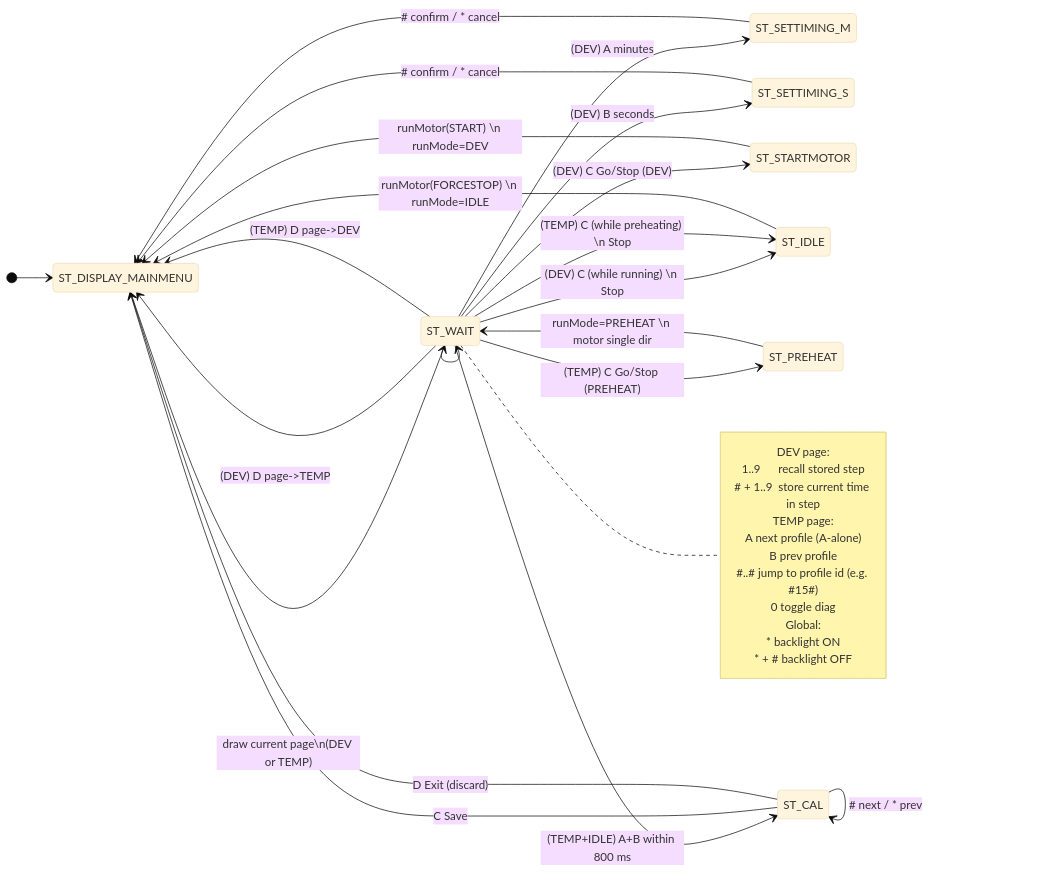
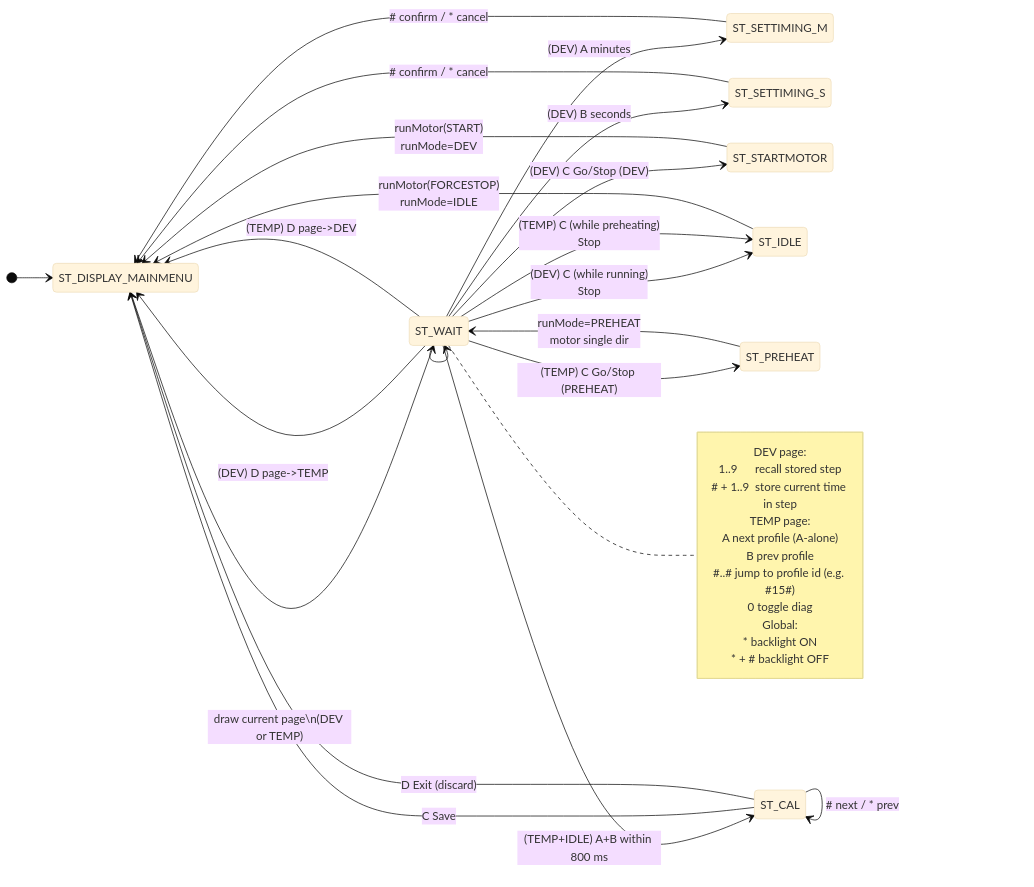
One commit to lese66/fpp changed the first of 2 diagrams in README.md. Above: the diagram before and after it, drawn with Mermaid (base theme).

Commit message:
Add readme for v5.1.2

````diff
--- a/README.md
+++ b/README.md
@@ -203,58 +203,58 @@
 ```mermaid
 stateDiagram-v2
     direction LR
 
     [*] --> ST_DISPLAY_MAINMENU
     ST_DISPLAY_MAINMENU --> ST_WAIT: draw current page\n(DEV or TEMP)
 
     %% -------------------------
     %% DEV PAGE (PAGE_DEV)
     %% -------------------------
     ST_WAIT --> ST_SETTIMING_M: (DEV) A minutes
     ST_WAIT --> ST_SETTIMING_S: (DEV) B seconds
     ST_WAIT --> ST_STARTMOTOR:  (DEV) C Go/Stop (DEV)
     ST_WAIT --> ST_DISPLAY_MAINMENU: (DEV) D page->TEMP
 
     ST_SETTIMING_M --> ST_DISPLAY_MAINMENU: # confirm / * cancel
     ST_SETTIMING_S --> ST_DISPLAY_MAINMENU: # confirm / * cancel
 
-    ST_STARTMOTOR --> ST_DISPLAY_MAINMENU: runMotor(START) \n runMode=DEV
-    ST_WAIT --> ST_IDLE: (DEV) C (while running) \n Stop
-    ST_IDLE --> ST_DISPLAY_MAINMENU: runMotor(FORCESTOP) \n runMode=IDLE
+    ST_STARTMOTOR --> ST_DISPLAY_MAINMENU: runMotor(START) <br/> runMode=DEV
+    ST_WAIT --> ST_IDLE: (DEV) C (while running) <br/> Stop
+    ST_IDLE --> ST_DISPLAY_MAINMENU: runMotor(FORCESTOP) <br/> runMode=IDLE
 
     %% -------------------------
     %% TEMP PAGE (PAGE_TEMP)
     %% -------------------------
     ST_WAIT --> ST_PREHEAT: (TEMP) C Go/Stop (PREHEAT)
-    ST_PREHEAT --> ST_WAIT: runMode=PREHEAT \n motor single dir
-    ST_WAIT --> ST_IDLE: (TEMP) C (while preheating) \n Stop
+    ST_PREHEAT --> ST_WAIT: runMode=PREHEAT <br/> motor single dir
+    ST_WAIT --> ST_IDLE: (TEMP) C (while preheating) <br/> Stop
 
     ST_WAIT --> ST_DISPLAY_MAINMENU: (TEMP) D page->DEV
 
     %% -------------------------
     %% CALIBRATION (TEMP only)
     %% -------------------------
     ST_WAIT --> ST_CAL: (TEMP+IDLE) A+B within 800 ms
     ST_CAL --> ST_DISPLAY_MAINMENU: C Save
     ST_CAL --> ST_DISPLAY_MAINMENU: D Exit (discard)
     ST_CAL --> ST_CAL: A +0.1 / B -0.1
     ST_CAL --> ST_CAL: # next / * prev
 
     %% keep the loop explicit (Mermaid likes it)
     ST_WAIT --> ST_WAIT
 
     note right of ST_WAIT
       DEV page:
         1..9      recall stored step
         # + 1..9  store current time in step
       TEMP page:
         A next profile (A-alone)
         B prev profile
         #..# jump to profile id (e.g. #15#)
         0 toggle diag
       Global:
         * backlight ON
         * + # backlight OFF
     end note
 
 ```
````
